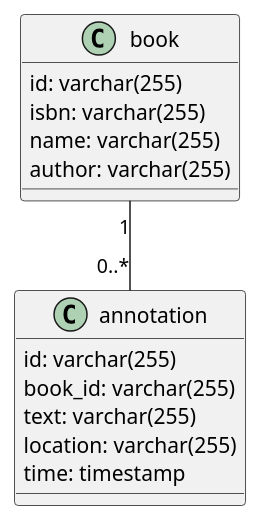
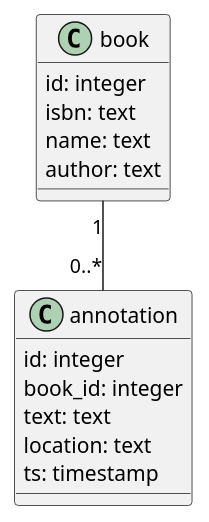
Before and after one commit to milanaleksic/tt-extractor-kindle: the diagram in docs/domain.puml, drawn with PlantUML. The commit also changed 1 other file, not shown here.

```diff
--- a/docs/domain.puml
+++ b/docs/domain.puml
@@ -1,16 +1,16 @@
 @startuml
 class book {
-{field} id: varchar(255)
-{field} isbn: varchar(255)
-{field} name: varchar(255)
-{field} author: varchar(255)
+{field} id: integer
+{field} isbn: text
+{field} name: text
+{field} author: text
 }
 class annotation {
-{field} id: varchar(255)
-{field} book_id: varchar(255)
-{field} text: varchar(255)
-{field} location: varchar(255)
-{field} time: timestamp
+{field} id: integer
+{field} book_id: integer
+{field} text: text
+{field} location: text
+{field} ts: timestamp
 }
 book "1" -- "0..*" annotation
 @enduml
```
